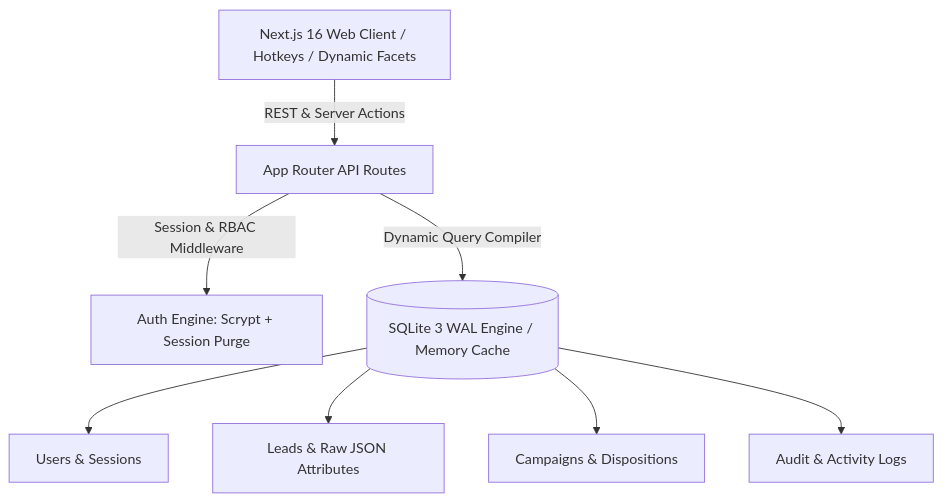
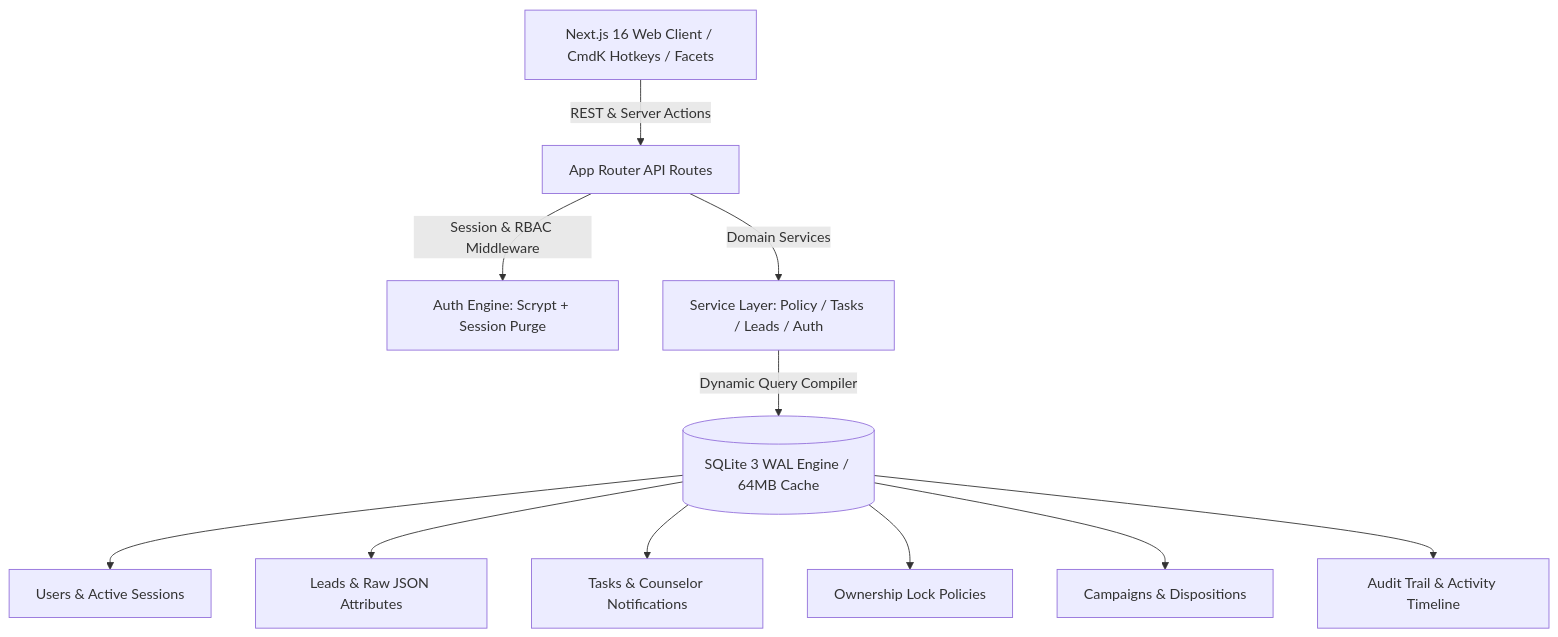
Before and after one commit to rdsdd2021/DreamDesk-CRM: the diagram in README.md, drawn with Mermaid. The commit also changed other lines of this file and 1 other file, not shown here.

````diff
--- a/README.md
+++ b/README.md
@@ -16,10 +24,13 @@
 ```mermaid
 graph TD
-    Client[Next.js 16 Web Client / Hotkeys / Dynamic Facets] -->|REST & Server Actions| API[App Router API Routes]
+    Client[Next.js 16 Web Client / CmdK Hotkeys / Facets] -->|REST & Server Actions| API[App Router API Routes]
     API -->|Session & RBAC Middleware| Auth[Auth Engine: Scrypt + Session Purge]
-    API -->|Dynamic Query Compiler| DB[(SQLite 3 WAL Engine / Memory Cache)]
-    DB --> Users[Users & Sessions]
+    API -->|Domain Services| Services[Service Layer: Policy / Tasks / Leads / Auth]
+    Services -->|Dynamic Query Compiler| DB[(SQLite 3 WAL Engine / 64MB Cache)]
+    DB --> Users[Users & Active Sessions]
     DB --> Leads[Leads & Raw JSON Attributes]
+    DB --> Tasks[Tasks & Counselor Notifications]
+    DB --> Policies[Ownership Lock Policies]
     DB --> Campaigns[Campaigns & Dispositions]
-    DB --> Logs[Audit & Activity Logs]
+    DB --> Logs[Audit Trail & Activity Timeline]
 ```
````
